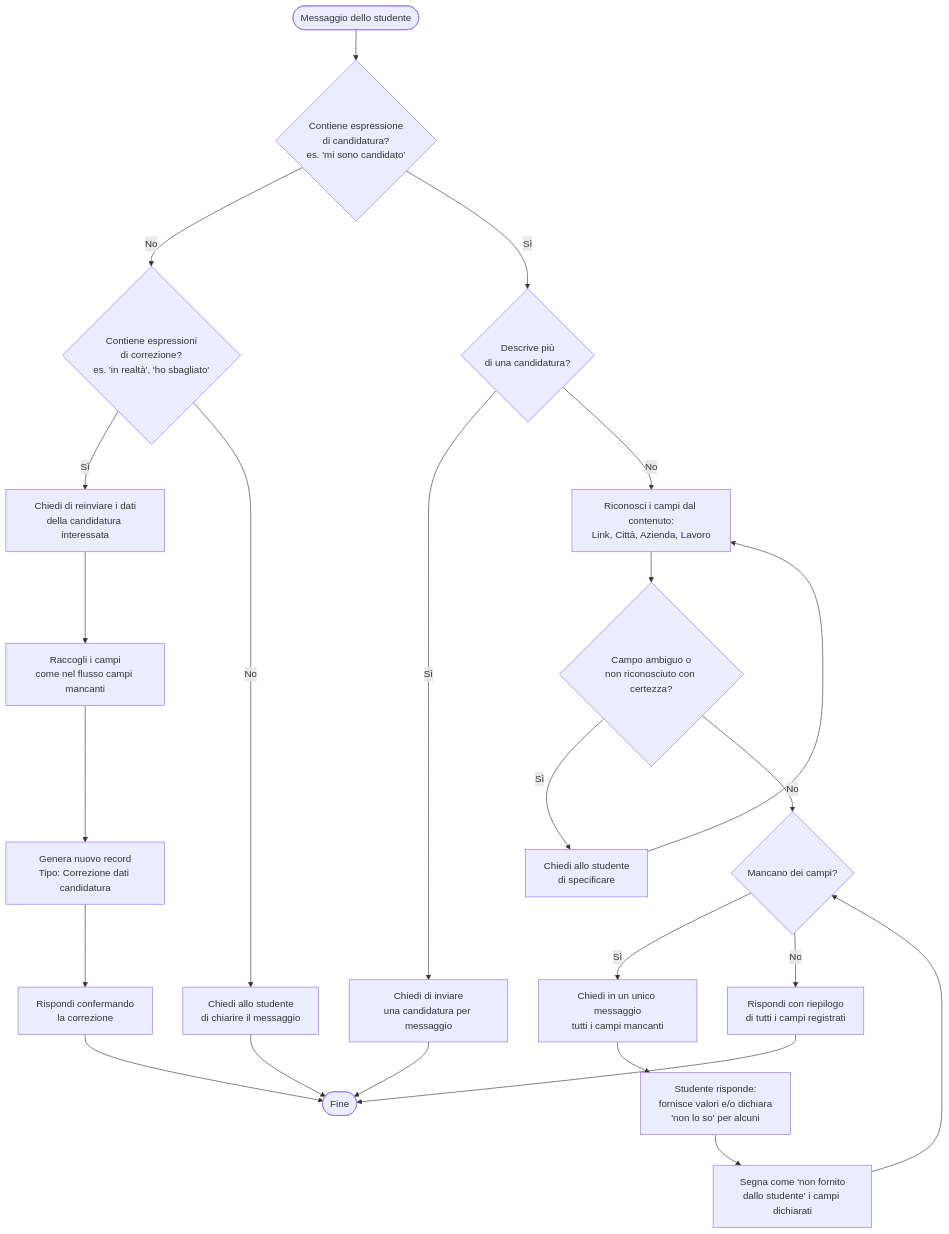
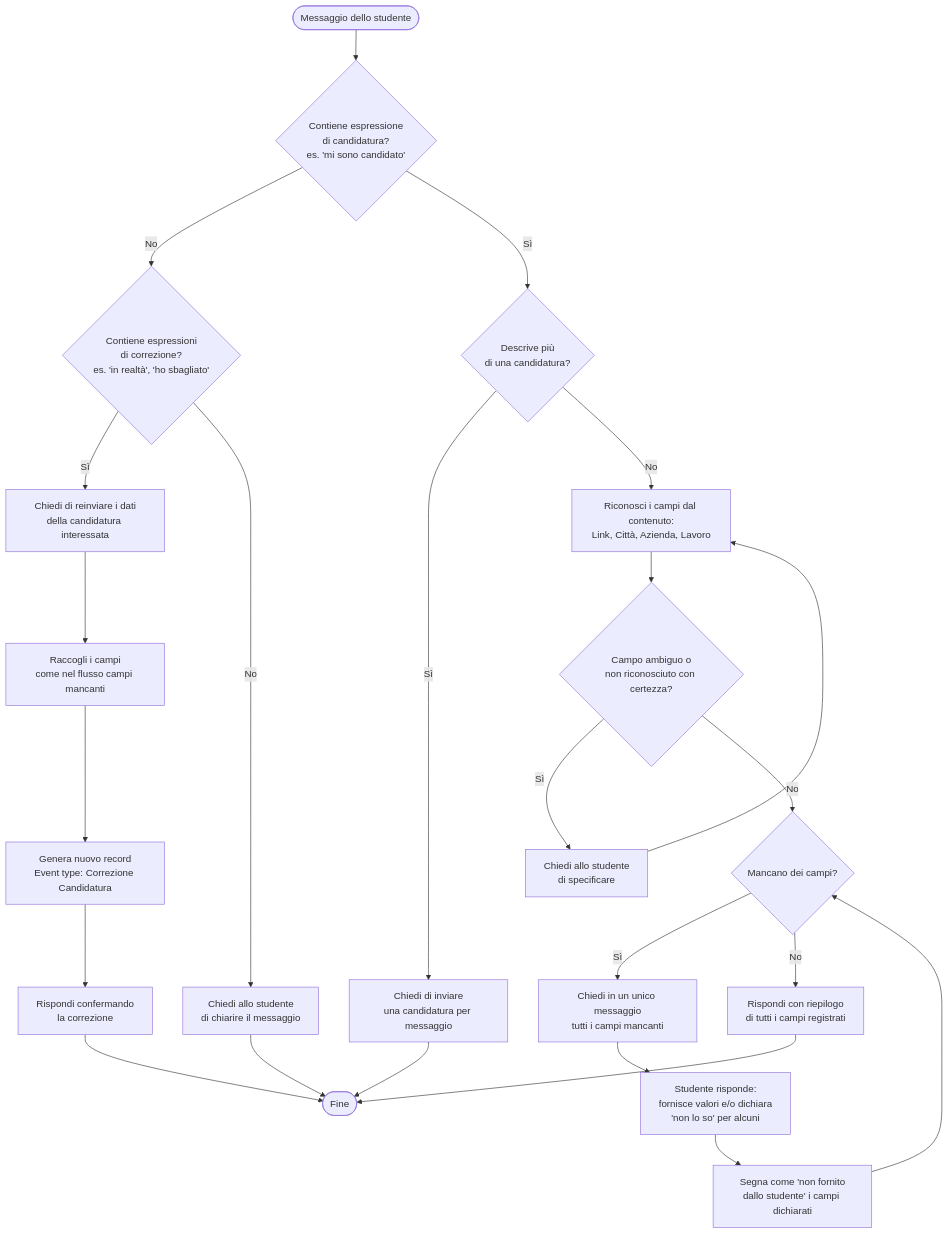
One commit to refresh-academy-staff/Progetto_ping_studenti changed the diagram in AI_Instructions_flowchart.md. Above: the diagram before and after it, drawn with Mermaid. The commit also changed 1 other file, not shown here.

Commit message:
Ultimato lo scenario relativo alle candidature.

````diff
--- a/AI_Instructions_flowchart.md
+++ b/AI_Instructions_flowchart.md
@@ -6,38 +6,38 @@
 ```mermaid
 flowchart TD
     Start([Messaggio dello studente]) --> CheckAttivazione{Contiene espressione<br/>di candidatura?<br/>es. 'mi sono candidato'}
 
     CheckAttivazione -- No --> CheckCorrezione{Contiene espressioni<br/>di correzione?<br/>es. 'in realtà', 'ho sbagliato'}
 
     CheckCorrezione -- Sì --> ChiediCandidatura[Chiedi di reinviare i dati<br/>della candidatura interessata]
     ChiediCandidatura --> RaccoltaCorrezione[Raccogli i campi<br/>come nel flusso campi mancanti]
-    RaccoltaCorrezione --> NuovoRecord[Genera nuovo record<br/>Tipo: Correzione dati candidatura]
+    RaccoltaCorrezione --> NuovoRecord[Genera nuovo record<br/>Event type: Correzione Candidatura]
     NuovoRecord --> RispostaCorrezione[Rispondi confermando<br/>la correzione]
 
     CheckCorrezione -- No --> ChiediChiarimento[Chiedi allo studente<br/>di chiarire il messaggio]
 
     CheckAttivazione -- Sì --> CheckMultiplo{Descrive più<br/>di una candidatura?}
 
     CheckMultiplo -- Sì --> ChiediUnaPerVolta[Chiedi di inviare<br/>una candidatura per messaggio]
 
     CheckMultiplo -- No --> Riconoscimento[Riconosci i campi dal contenuto:<br/>Link, Città, Azienda, Lavoro]
 
     Riconoscimento --> CheckAmbiguo{Campo ambiguo o<br/>non riconosciuto con certezza?}
 
     CheckAmbiguo -- Sì --> ChiediSpecifica[Chiedi allo studente<br/>di specificare]
     ChiediSpecifica --> Riconoscimento
 
     CheckAmbiguo -- No --> CheckMancanti{Mancano dei campi?}
 
     CheckMancanti -- Sì --> ChiediMancanti[Chiedi in un unico messaggio<br/>tutti i campi mancanti]
     ChiediMancanti --> RispostaStudente[Studente risponde:<br/>fornisce valori e/o dichiara<br/>'non lo so' per alcuni]
     RispostaStudente --> SegnaNonForniti[Segna come 'non fornito<br/>dallo studente' i campi dichiarati]
     SegnaNonForniti --> CheckMancanti
 
     CheckMancanti -- No --> ConfermaFinale[Rispondi con riepilogo<br/>di tutti i campi registrati]
 
     ConfermaFinale --> End([Fine])
     RispostaCorrezione --> End
     ChiediChiarimento --> End
     ChiediUnaPerVolta --> End
 ```
````
